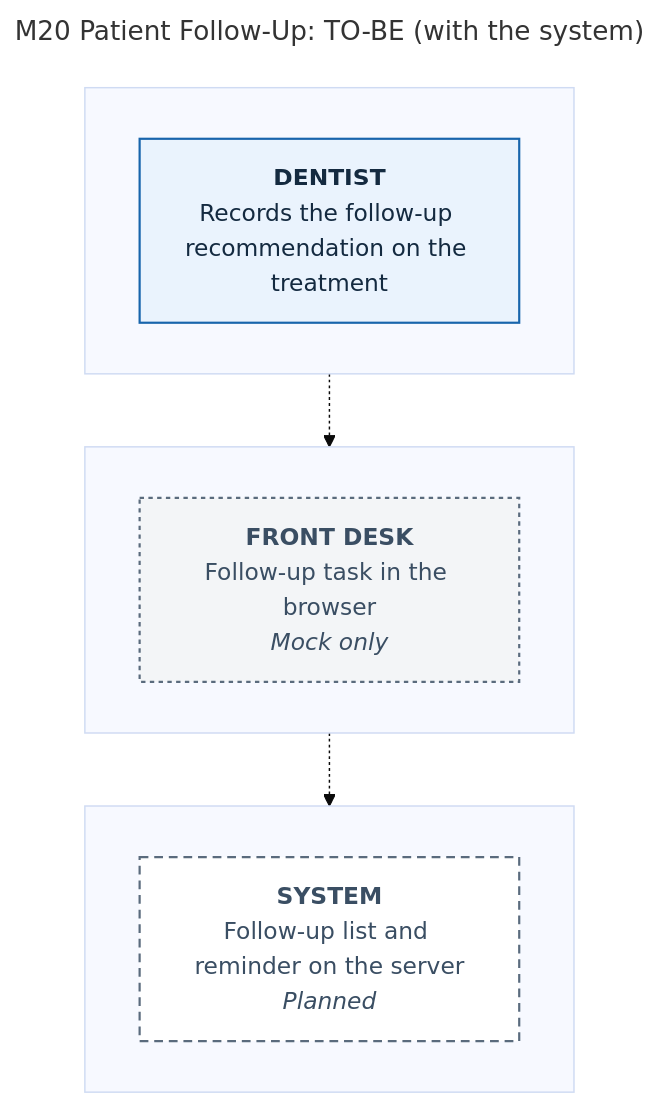
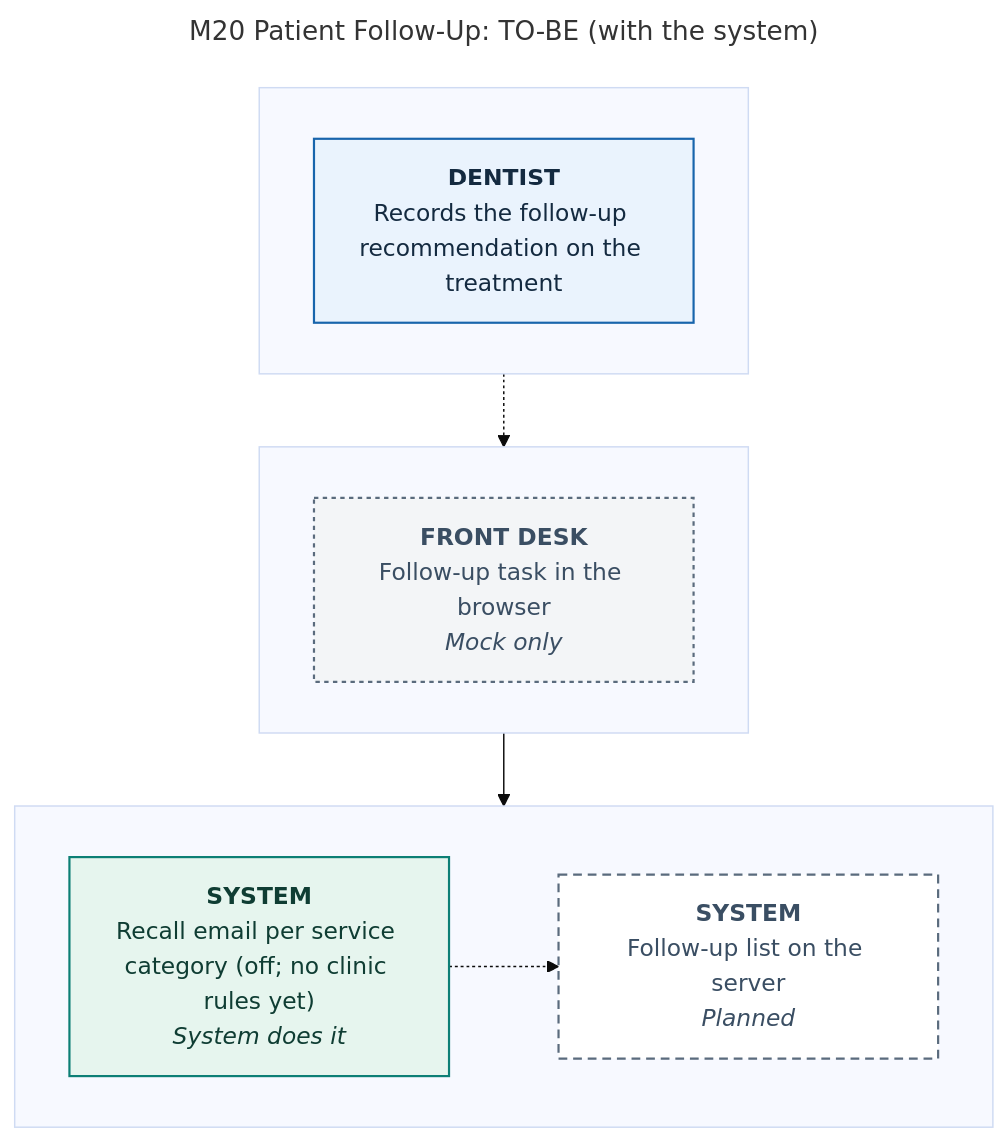
Before and after one commit to 0phem/multibranch-dental-clinic: the diagram in docs/defense/diagrams/M20-patient-follow-up-to-be.mmd, drawn with Mermaid (base theme). The commit also changed 57 other files, not shown here.

First line of the commit message:
docs(defense): automations in modules, evidence, TO-BE diagrams, process PDF, demo script, panel Q&A, screenshots

```diff
--- a/docs/defense/diagrams/M20-patient-follow-up-to-be.mmd
+++ b/docs/defense/diagrams/M20-patient-follow-up-to-be.mmd
@@ -1,24 +1,26 @@
 ---
 title: "M20 Patient Follow-Up: TO-BE (with the system)"
 ---
 flowchart TB
     subgraph L1[" "]
     direction LR
       S1["<b>FRONT DESK</b><br/>Follow-up task in the browser<br/><i>Mock only</i>"]:::mock
     end
     subgraph L2[" "]
     direction LR
       S0["<b>DENTIST</b><br/>Records the follow-up recommendation on the treatment"]:::manual
     end
     subgraph L4[" "]
     direction LR
-      S2["<b>SYSTEM</b><br/>Follow-up list and reminder on the server<br/><i>Planned</i>"]:::planned
+      S2["<b>SYSTEM</b><br/>Recall email per service category (off; no clinic rules yet)<br/><i>System does it</i>"]:::auto
+      S3["<b>SYSTEM</b><br/>Follow-up list on the server<br/><i>Planned</i>"]:::planned
     end
     S0 -.-> S1
-    S1 -.-> S2
+    S1 --> S2
+    S2 -.-> S3
     classDef cited fill:#eaf3fd,stroke:#1865ac,color:#142a40,stroke-width:1.5px
     classDef confirm fill:#fffaf0,stroke:#b26a00,color:#5e3c00,stroke-width:1.5px,stroke-dasharray:6 4
     classDef auto fill:#e6f5ee,stroke:#0c7f75,color:#0f3d33,stroke-width:1.5px
     classDef manual fill:#eaf3fd,stroke:#1865ac,color:#142a40,stroke-width:1.5px
     classDef mock fill:#f3f5f7,stroke:#5a6b7d,color:#3a4e63,stroke-width:1.5px,stroke-dasharray:3 3
     classDef planned fill:#ffffff,stroke:#5a6b7d,color:#3a4e63,stroke-width:1.5px,stroke-dasharray:6 4
```
